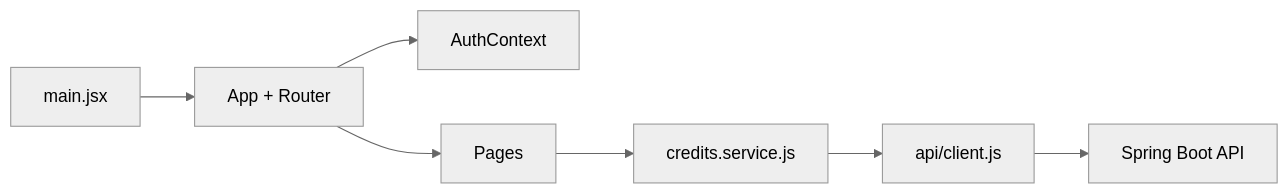
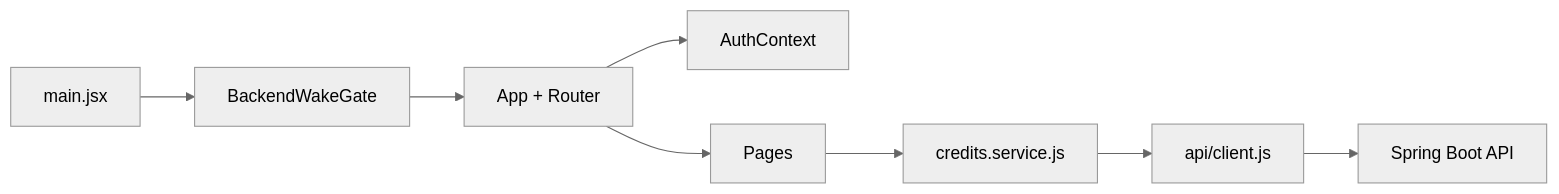
Before and after one commit to CarlosPolo019/credit-web: the diagram in document/overview.md, drawn with Mermaid (neutral theme). The commit also changed other lines of this file and 2 other files, not shown here.

First line of the commit message:
docs: document pagination and the backend wake gate

````diff
--- a/document/overview.md
+++ b/document/overview.md
@@ -6,9 +6,10 @@
 ```mermaid
 flowchart LR
-  main[main.jsx] --> app[App + Router]
+  main[main.jsx] --> wake[BackendWakeGate]
+  wake --> app[App + Router]
   app --> auth[AuthContext]
   app --> pages[Pages]
   pages --> services[credits.service.js]
   services --> client[api/client.js]
   client --> backend[Spring Boot API]
 ```
````
